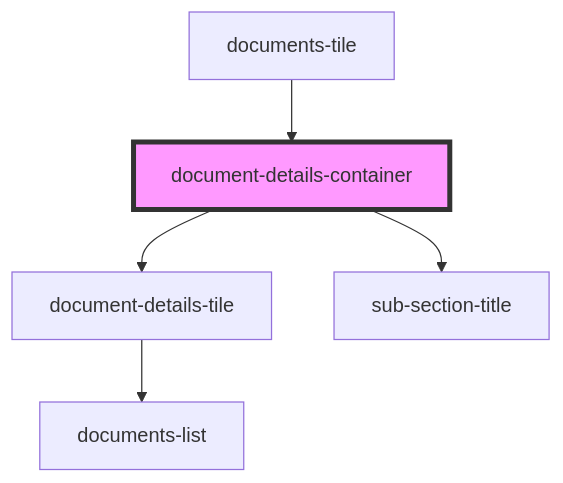
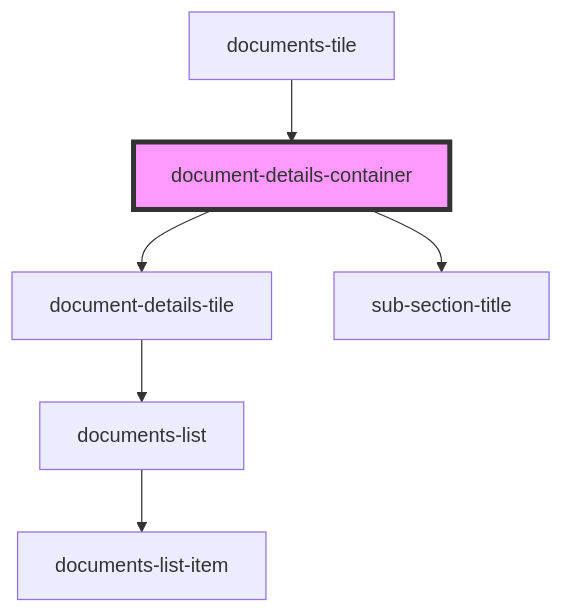
One commit to Cardiff-Ook/poc-component-library changed the diagram in docs/components/page-layout/document-details-container/readme.md. Above: the diagram before and after it, drawn with Mermaid. The commit also changed 76 other files, not shown here.

Commit message:
Documents list working

````diff
--- a/docs/components/page-layout/document-details-container/readme.md
+++ b/docs/components/page-layout/document-details-container/readme.md
@@ -27,8 +27,9 @@
 ```mermaid
 graph TD;
   document-details-container --> document-details-tile
   document-details-container --> sub-section-title
   document-details-tile --> documents-list
+  documents-list --> documents-list-item
   documents-tile --> document-details-container
   style document-details-container fill:#f9f,stroke:#333,stroke-width:4px
 ```
````
